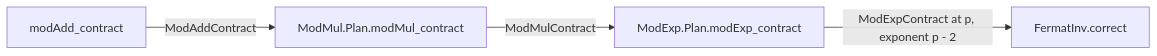
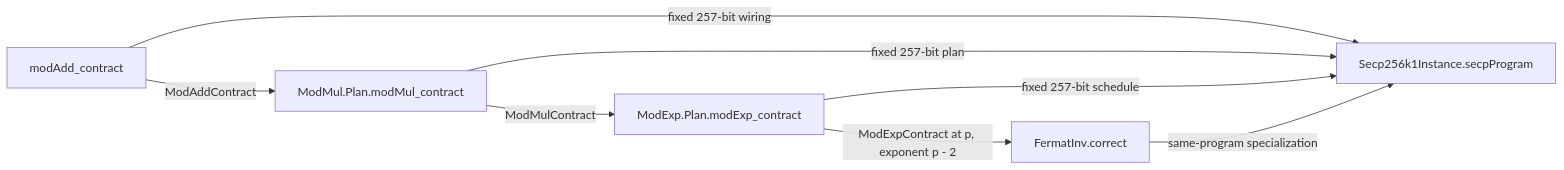
The second of 2 diagrams in ShorECDLP/Submission/Arithmetic/README.md (VerifiedQC/ShorECDLP), drawn with Mermaid before and after one commit. The commit also changed other lines of this file and 4 other files, not shown here.

````diff
--- a/ShorECDLP/Submission/Arithmetic/README.md
+++ b/ShorECDLP/Submission/Arithmetic/README.md
@@ -63,11 +68,16 @@
 ```mermaid
 flowchart LR
   Add["modAdd_contract"]
   Mul["ModMul.Plan.modMul_contract"]
   Exp["ModExp.Plan.modExp_contract"]
   Inv["FermatInv.correct"]
+  Instance["Secp256k1Instance.secpProgram"]
 
   Add -->|ModAddContract| Mul
   Mul -->|ModMulContract| Exp
   Exp -->|ModExpContract at p, exponent p - 2| Inv
+  Add -->|fixed 257-bit wiring| Instance
+  Mul -->|fixed 257-bit plan| Instance
+  Exp -->|fixed 257-bit schedule| Instance
+  Inv -->|same-program specialization| Instance
 ```
````
